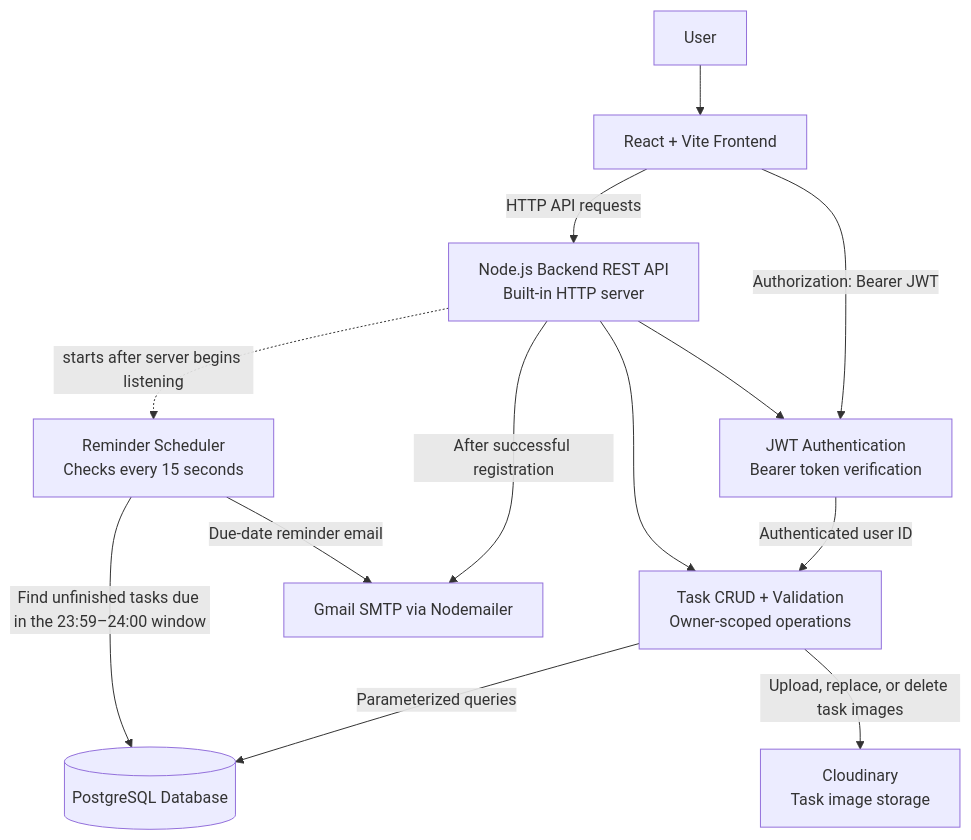
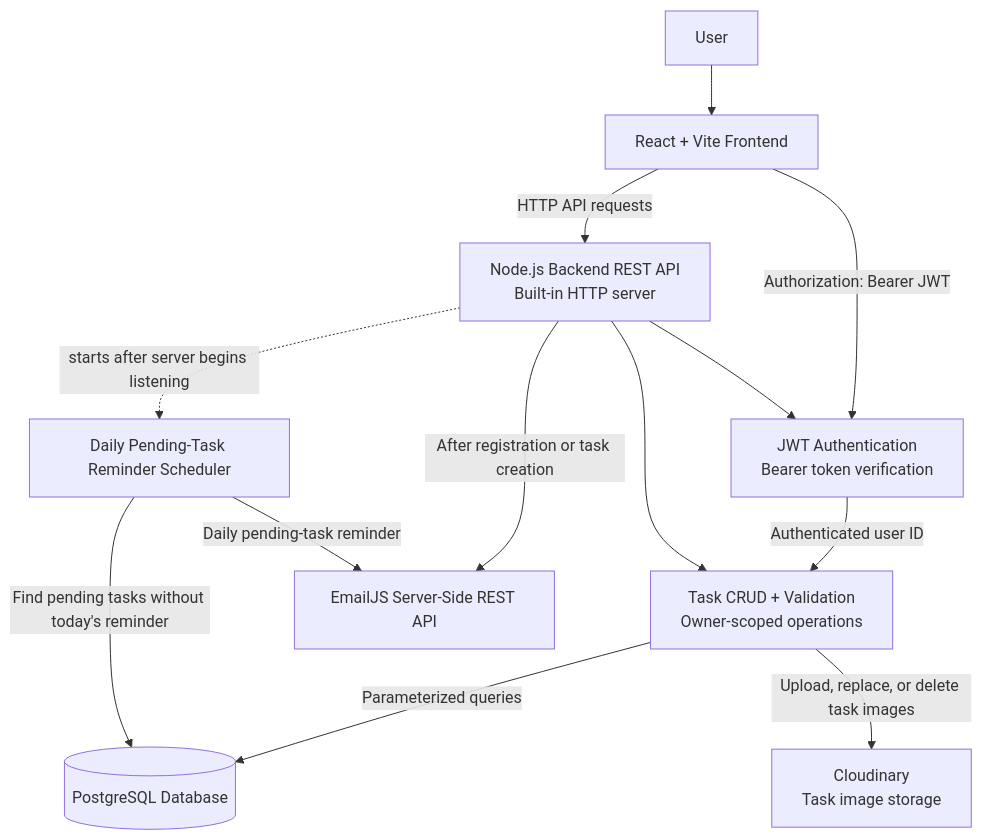
The diagram in docs/architecture.md (priyadharshinik019/task-manager-application), drawn with Mermaid before and after one commit. The commit also changed other lines of this file and 7 other files, not shown here.

````diff
--- a/docs/architecture.md
+++ b/docs/architecture.md
@@ -3,26 +3,26 @@
 ```mermaid
 flowchart TD
     User[User]
     Frontend[React + Vite Frontend]
     API[Node.js Backend REST API<br/>Built-in HTTP server]
     JWT[JWT Authentication<br/>Bearer token verification]
     Tasks[Task CRUD + Validation<br/>Owner-scoped operations]
     Database[(PostgreSQL Database)]
     Cloudinary[Cloudinary<br/>Task image storage]
-    Scheduler[Reminder Scheduler<br/>Checks every 15 seconds]
-    Email[Gmail SMTP via Nodemailer]
+    Scheduler[Daily Pending-Task Reminder Scheduler]
+    Email[EmailJS Server-Side REST API]
 
     User --> Frontend
     Frontend -->|HTTP API requests| API
     Frontend -->|Authorization: Bearer JWT| JWT
     API --> JWT
     JWT -->|Authenticated user ID| Tasks
     API --> Tasks
     Tasks -->|Parameterized queries| Database
     Tasks -->|Upload, replace, or delete task images| Cloudinary
 
-    API -->|After successful registration| Email
-    Scheduler -->|Find unfinished tasks due in the 23:59–24:00 window| Database
-    Scheduler -->|Due-date reminder email| Email
+    API -->|After registration or task creation| Email
+    Scheduler -->|Find pending tasks without today's reminder| Database
+    Scheduler -->|Daily pending-task reminder| Email
     API -. starts after server begins listening .-> Scheduler
 ```
````
